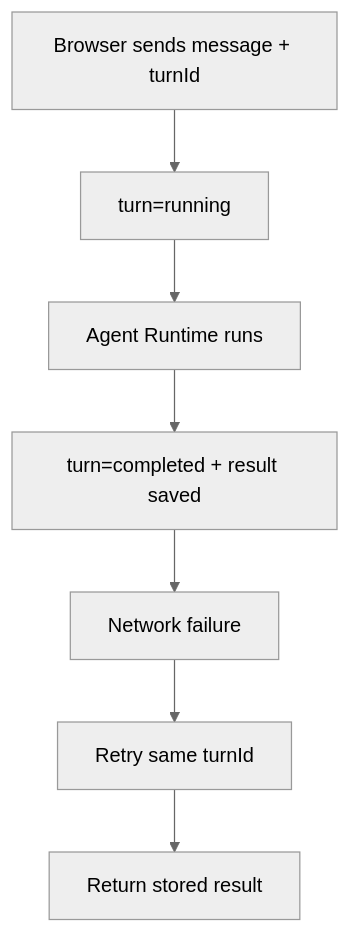
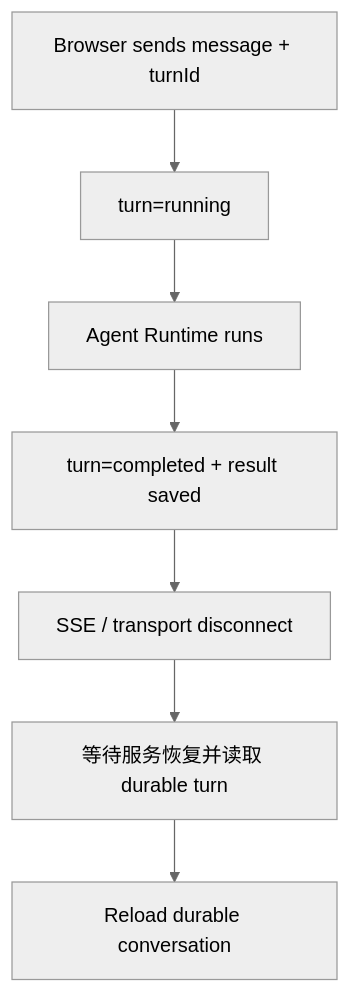
The sixth of 8 diagrams in docs/data-control-flow.md (saga/agentic-data-architect), drawn with Mermaid (neutral theme) before and after one commit. The commit also changed other lines of this file, not shown here.

Commit message:
docs: align control-flow diagrams with current recovery behavior

```diff
--- a/docs/data-control-flow.md
+++ b/docs/data-control-flow.md
@@ -287,15 +287,14 @@
 ~~~mermaid
 flowchart TD
     Send[Browser sends message + turnId]
     Running[turn=running]
     Agent[Agent Runtime runs]
     Done[turn=completed + result saved]
-    Network[Network failure]
-    Retry[Retry same turnId]
-    Return[Return stored result]
+    Network[SSE / transport disconnect]
+    Recover[等待服务恢复并读取 durable turn]
+    Return[Reload durable conversation]
 
     Send --> Running --> Agent --> Done
     Done --> Network
-    Network --> Retry
-    Retry --> Return
+    Network --> Recover --> Return
 ~~~
```
